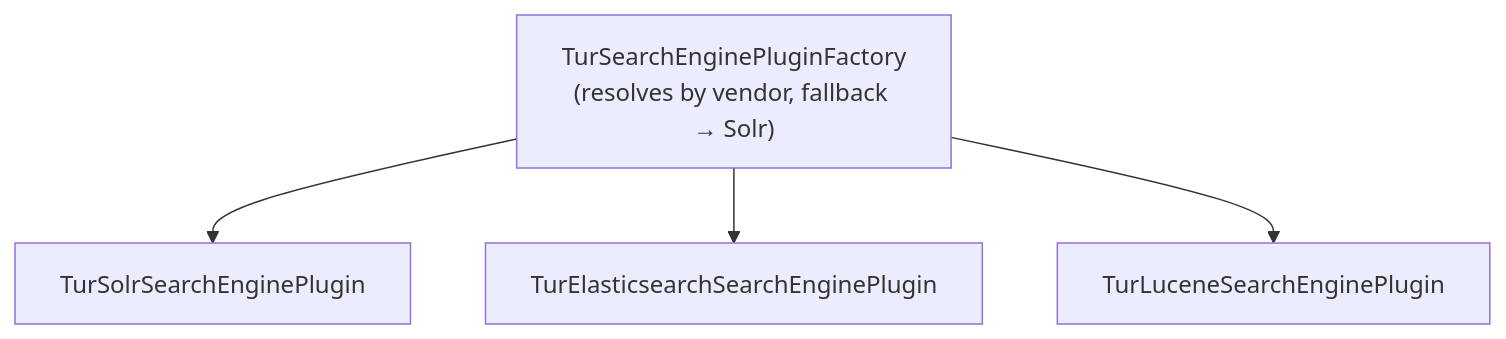
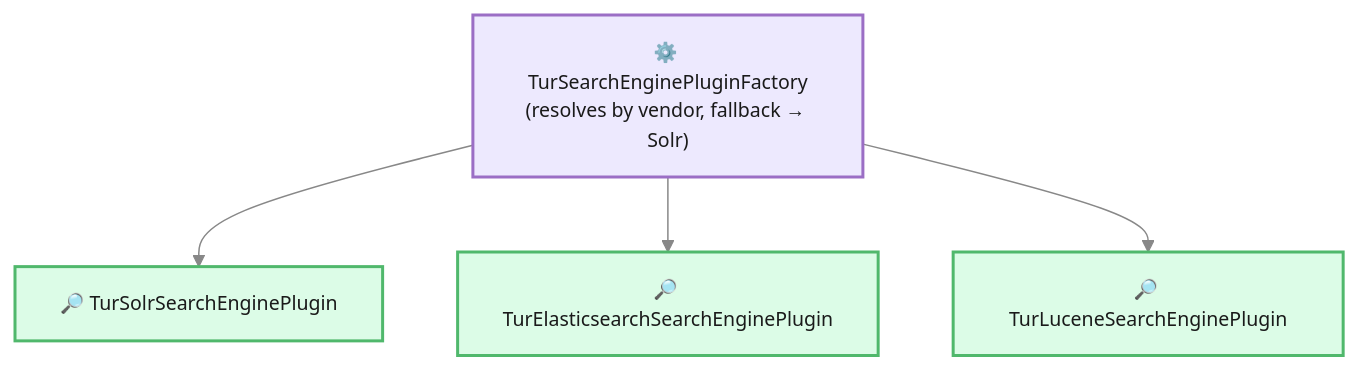
Before and after one commit to openviglet/docs: the second of 2 diagrams in docs-turing/developer-guide.md, drawn with Mermaid. The commit also changed other lines of this file and 49 other files, not shown here.

First line of the commit message:
Standardize Mermaid diagrams and conventions

````diff
--- a/docs-turing/developer-guide.md
+++ b/docs-turing/developer-guide.md
@@ -330,11 +341,18 @@
 ```mermaid
+%%{init: {'theme': 'base', 'themeVariables': {'fontSize': '13px', 'primaryColor': '#fff', 'primaryBorderColor': '#c0c0c0', 'lineColor': '#888', 'textColor': '#333'}}}%%
 graph TD
-    FACTORY["TurSearchEnginePluginFactory\n(resolves by vendor, fallback → Solr)"]
-    SOLR["TurSolrSearchEnginePlugin"]
-    ES["TurElasticsearchSearchEnginePlugin"]
-    LUCENE["TurLuceneSearchEnginePlugin"]
+    FACTORY["⚙️ TurSearchEnginePluginFactory\n(resolves by vendor, fallback → Solr)"]
+    SOLR["🔎 TurSolrSearchEnginePlugin"]
+    ES["🔎 TurElasticsearchSearchEnginePlugin"]
+    LUCENE["🔎 TurLuceneSearchEnginePlugin"]
 
     FACTORY --> SOLR
     FACTORY --> ES
     FACTORY --> LUCENE
+
+    classDef purple fill:#ede9fe,stroke:#9B6EC5,stroke-width:2px,color:#1a1a1a
+    classDef green fill:#dcfce7,stroke:#50B86C,stroke-width:2px,color:#1a1a1a
+
+    class FACTORY purple
+    class SOLR,ES,LUCENE green
 ```
````
